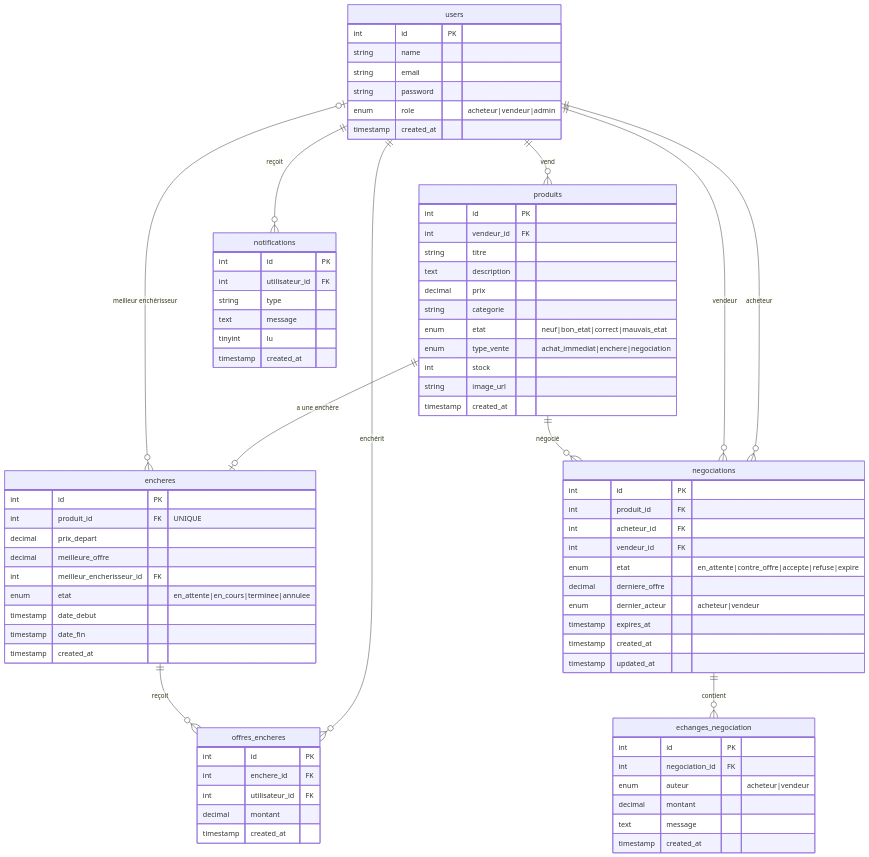
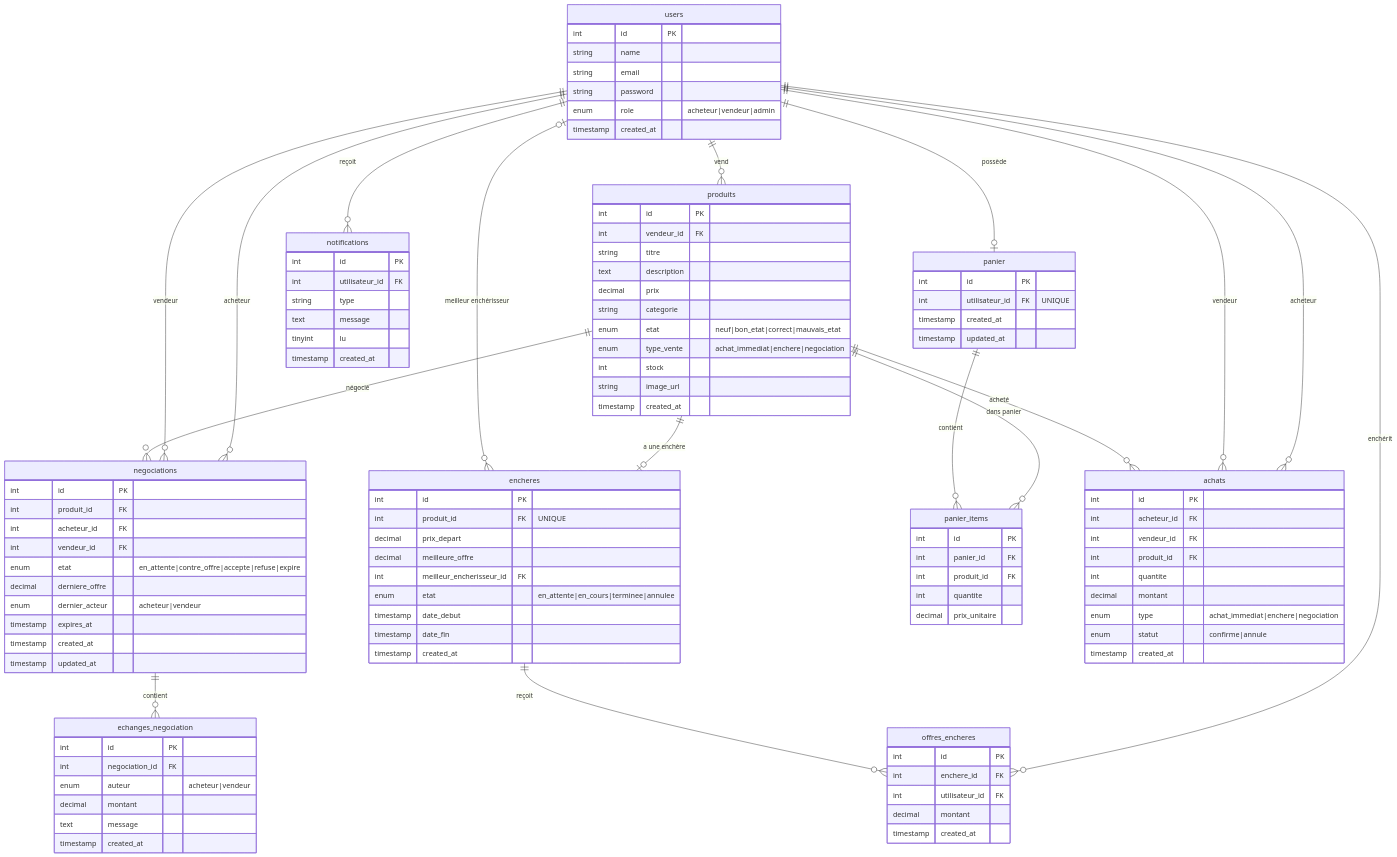
One commit to zendarc147/Mercato-Nova changed the ninth of 9 diagrams in docs/architecture.md. Above: the diagram before and after it, drawn with Mermaid. The commit also changed other lines of this file, not shown here.

Commit message:
docs: refonte complète architecture — couvre tout le projet (Astrid, Lily, Agnes, Max)

````diff
--- a/docs/architecture.md
+++ b/docs/architecture.md
@@ -272,6 +410,30 @@
         text message
         timestamp created_at
     }
+    panier {
+        int id PK
+        int utilisateur_id FK "UNIQUE"
+        timestamp created_at
+        timestamp updated_at
+    }
+    panier_items {
+        int id PK
+        int panier_id FK
+        int produit_id FK
+        int quantite
+        decimal prix_unitaire
+    }
+    achats {
+        int id PK
+        int acheteur_id FK
+        int vendeur_id FK
+        int produit_id FK
+        int quantite
+        decimal montant
+        enum type "achat_immediat|enchere|negociation"
+        enum statut "confirme|annule"
+        timestamp created_at
+    }
     notifications {
         int id PK
         int utilisateur_id FK
@@ -285,10 +447,16 @@
     users ||--o{ offres_encheres : "enchérit"
     users ||--o{ negociations : "acheteur"
     users ||--o{ negociations : "vendeur"
+    users ||--o| panier : "possède"
+    users ||--o{ achats : "acheteur"
+    users ||--o{ achats : "vendeur"
     users ||--o{ notifications : "reçoit"
     produits ||--o| encheres : "a une enchère"
     produits ||--o{ negociations : "négocié"
+    produits ||--o{ panier_items : "dans panier"
+    produits ||--o{ achats : "acheté"
     encheres ||--o{ offres_encheres : "reçoit"
     encheres }o--o| users : "meilleur enchérisseur"
     negociations ||--o{ echanges_negociation : "contient"
+    panier ||--o{ panier_items : "contient"
 ```
````
